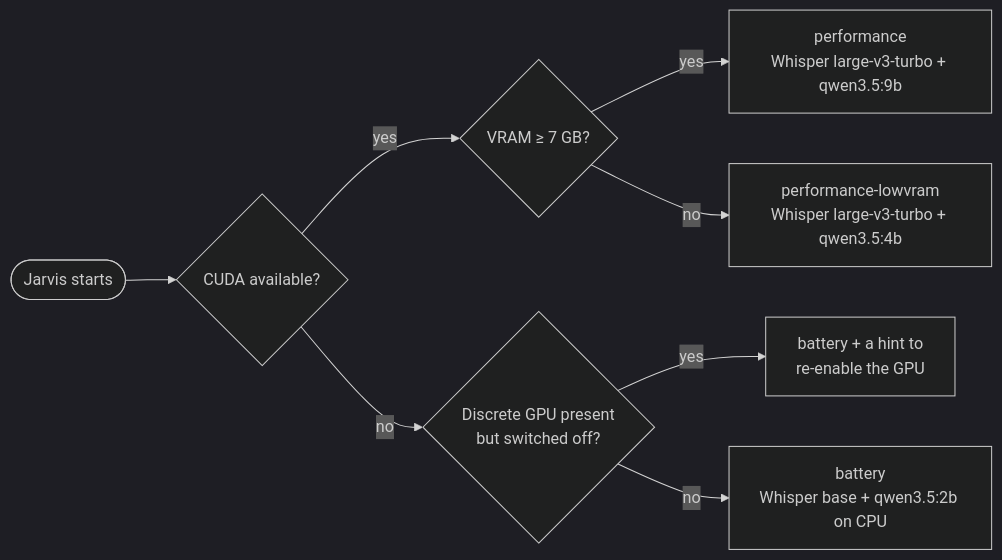
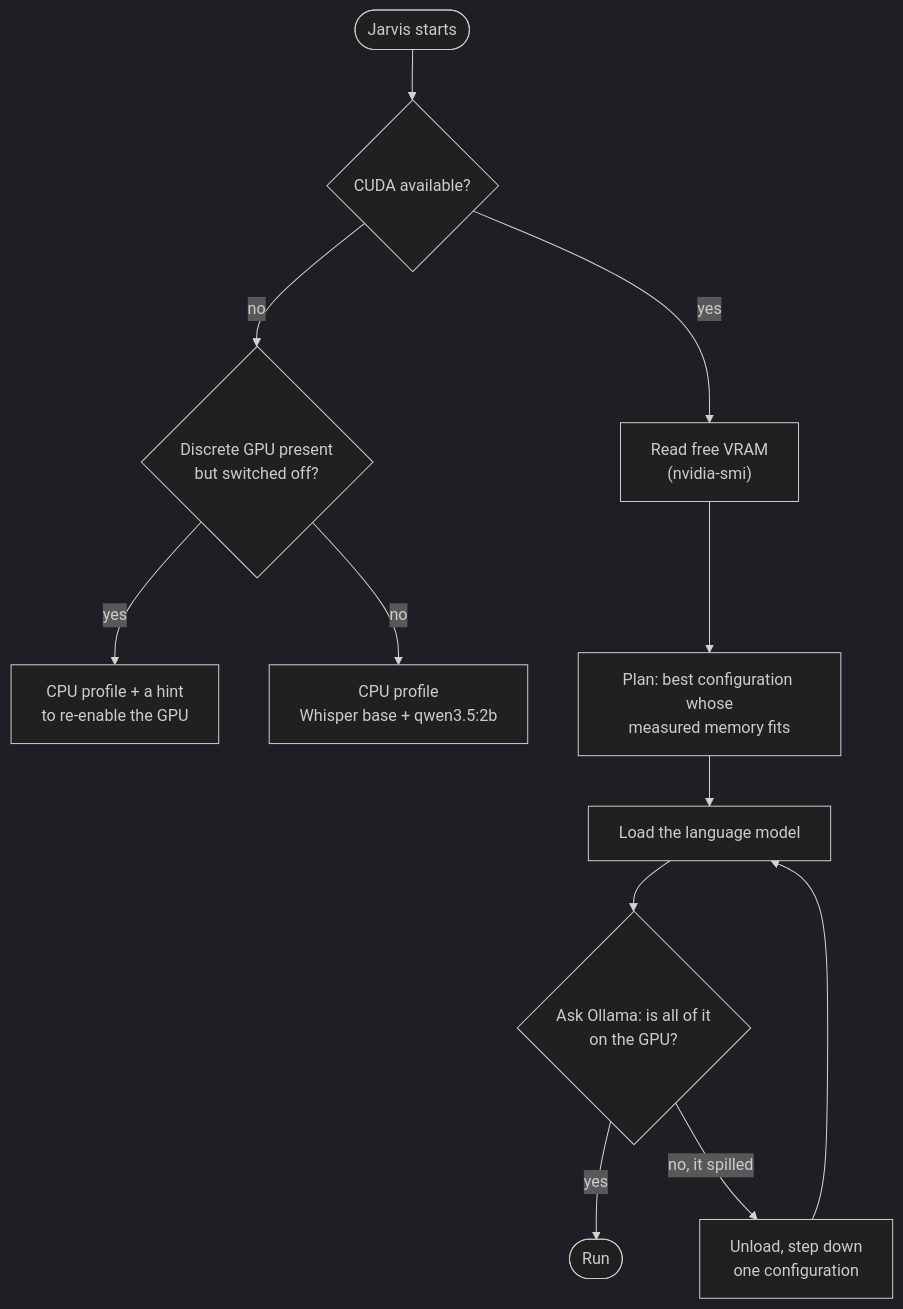
Before and after one commit to SuleymanKilincc/Halcyon: the second of 2 diagrams in README.md, drawn with Mermaid (dark theme). The commit also changed other lines of this file and 11 other files, not shown here.

First line of the commit message:
VRAM planner: choose models by free GPU memory and verify placement

````diff
--- a/README.md
+++ b/README.md
@@ -56,10 +58,14 @@
 ```mermaid
-flowchart LR
+flowchart TD
     START([Jarvis starts]) --> CUDA{CUDA available?}
-    CUDA -- yes --> VRAM{VRAM ≥ 7 GB?}
-    VRAM -- yes --> PERF["performance<br/>Whisper large-v3-turbo + qwen3.5:9b"]
-    VRAM -- no --> LOW["performance-lowvram<br/>Whisper large-v3-turbo + qwen3.5:4b"]
     CUDA -- no --> OFF{"Discrete GPU present<br/>but switched off?"}
-    OFF -- yes --> WARN["battery + a hint to<br/>re-enable the GPU"]
-    OFF -- no --> BAT["battery<br/>Whisper base + qwen3.5:2b on CPU"]
+    OFF -- yes --> WARN["CPU profile + a hint<br/>to re-enable the GPU"]
+    OFF -- no --> BAT["CPU profile<br/>Whisper base + qwen3.5:2b"]
+    CUDA -- yes --> FREE["Read free VRAM<br/>(nvidia-smi)"]
+    FREE --> PLAN["Plan: best configuration whose<br/>measured memory fits"]
+    PLAN --> LOAD["Load the language model"]
+    LOAD --> ASK{"Ask Ollama: is all of it<br/>on the GPU?"}
+    ASK -- yes --> RUN([Run])
+    ASK -- "no, it spilled" --> DOWN["Unload, step down<br/>one configuration"]
+    DOWN --> LOAD
 ```
````
